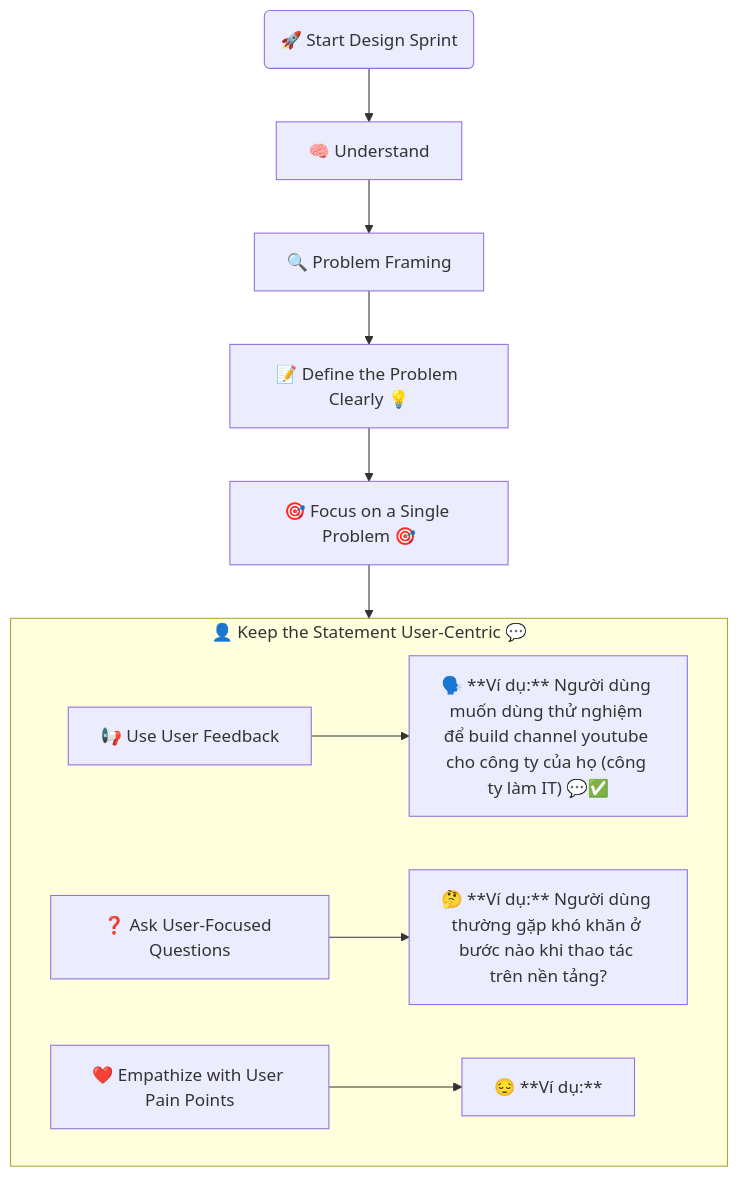
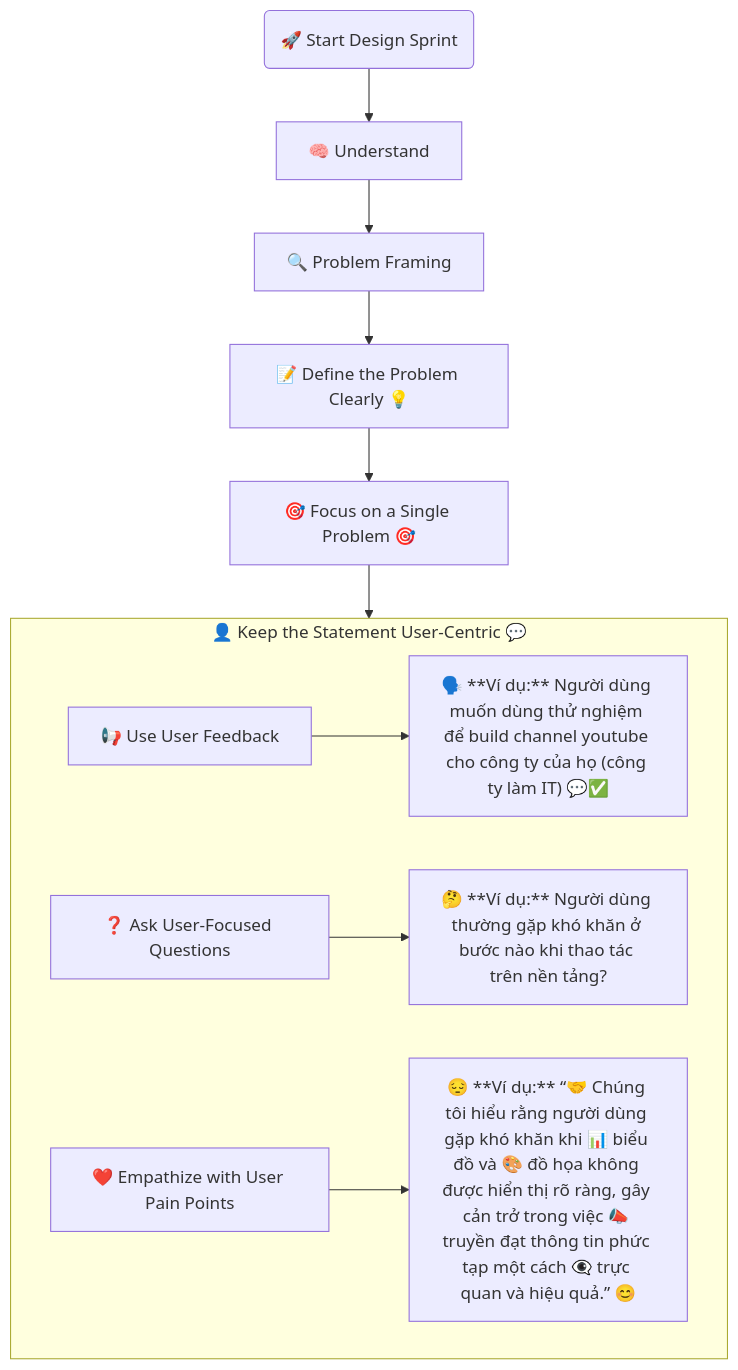
One commit to qtvhao/quickcurl changed the diagram in docs/designsprintkit/phases/01-Understand/02-Understand-the-Problem/02-Problem-Framing/04-Keep-the-Statement-User-Centric/01-Map.mmd. Above: the diagram before and after it, drawn with Mermaid. The commit also changed 3 other files, not shown here.

Commit message:
Enhance problem framing documentation by adding a new summary flowchart and updating user-centric examples to improve clarity and empathy towards user pain points.

```diff
--- a/docs/designsprintkit/phases/01-Understand/02-Understand-the-Problem/02-Problem-Framing/04-Keep-the-Statement-User-Centric/01-Map.mmd
+++ b/docs/designsprintkit/phases/01-Understand/02-Understand-the-Problem/02-Problem-Framing/04-Keep-the-Statement-User-Centric/01-Map.mmd
@@ -1,20 +1,20 @@
 flowchart TD
 
     Design_Sprint(🚀 Start Design Sprint) --> Understand["🧠 Understand"]
 
     Understand --> Problem_Framing["🔍 Problem Framing"]
 
     A1[📝 Define the Problem Clearly 💡]
 
     %% Focus on a Single Problem
     A2[🎯 Focus on a Single Problem 🎯]
 
     %% Keep the Statement User-Centric
     subgraph A3[👤 Keep the Statement User-Centric 💬]
         D1[📢 Use User Feedback] --> G1["🗣️ **Ví dụ:** Người dùng muốn dùng thử nghiệm để build channel youtube cho công ty của họ (công ty làm IT) 💬✅"]
         D2[❓ Ask User-Focused Questions] --> G2["🤔 **Ví dụ:** Người dùng thường gặp khó khăn ở bước nào khi thao tác trên nền tảng?"]
-        D3[❤️ Empathize with User Pain Points] --> G3["😔 **Ví dụ:** "]
+        D3[❤️ Empathize with User Pain Points] --> G3["😔 **Ví dụ:** “🤝 Chúng tôi hiểu rằng người dùng gặp khó khăn khi 📊 biểu đồ và 🎨 đồ họa không được hiển thị rõ ràng, gây cản trở trong việc 📣 truyền đạt thông tin phức tạp một cách 👁️‍🗨️ trực quan và hiệu quả.” 😊"]
     end
 
     %% Connect Subgraphs in Order
     Problem_Framing --> A1 --> A2 --> A3
```
